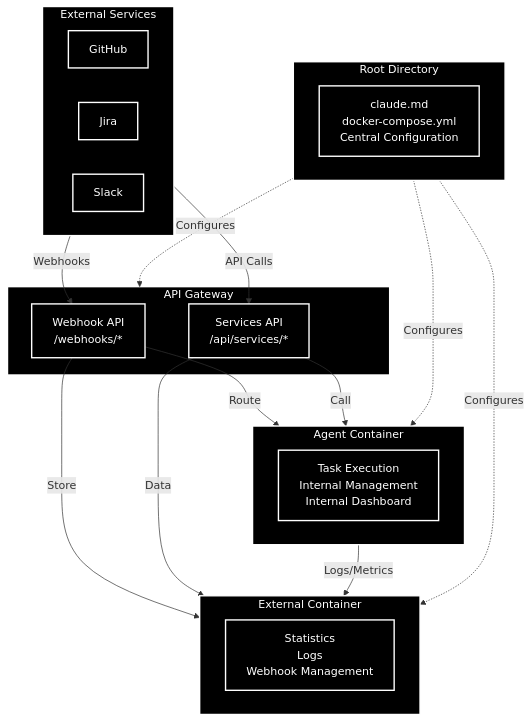
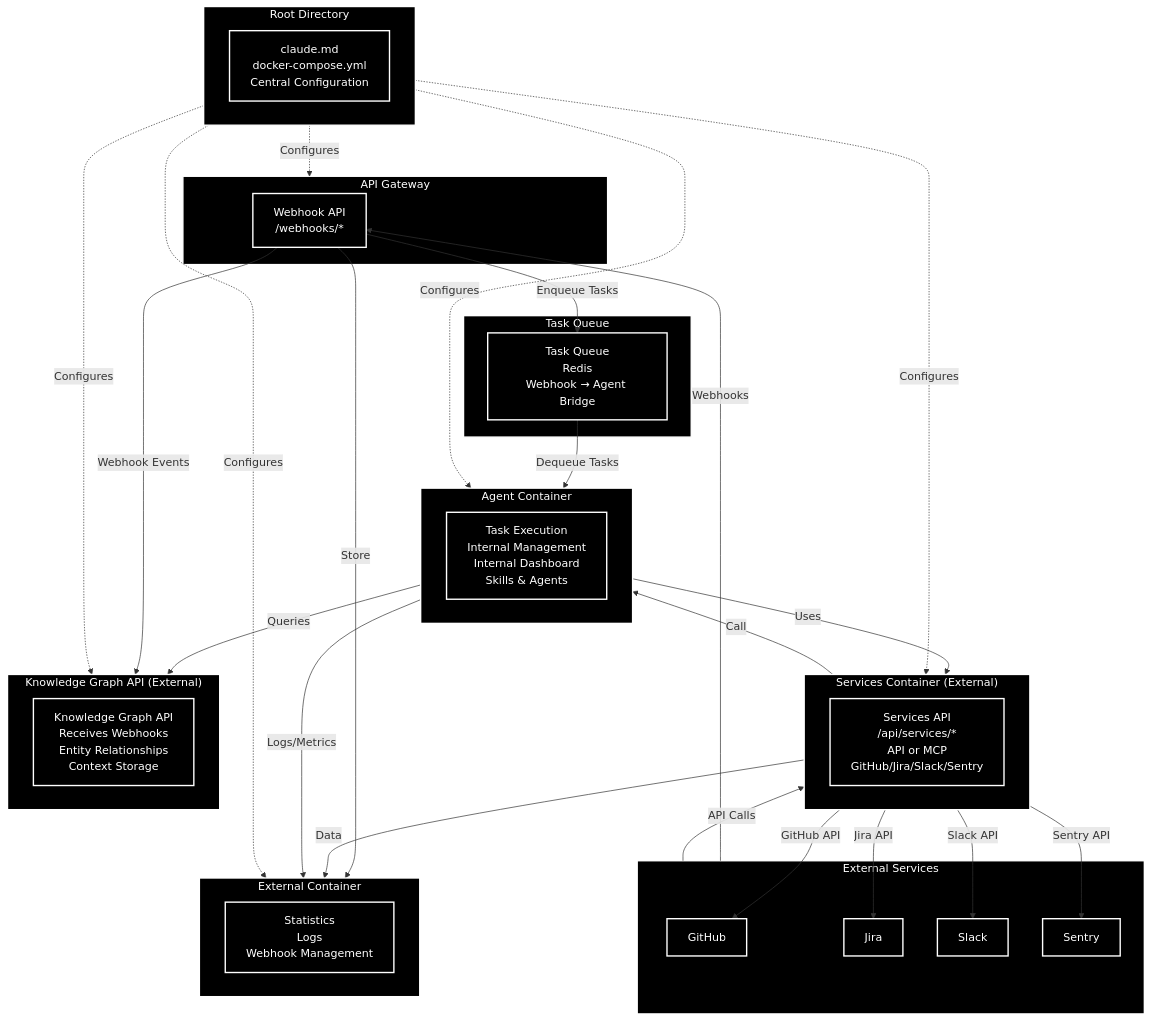
One commit to rom-orlovich/agents-system changed the first of 14 diagrams in claude-code-agent/docs/ARCHITECTURE_PROPOSED_MERMAID.md. Above: the diagram before and after it, drawn with Mermaid. The commit also changed other lines of this file and 3 other files, not shown here.

````diff
--- a/claude-code-agent/docs/ARCHITECTURE_PROPOSED_MERMAID.md
+++ b/claude-code-agent/docs/ARCHITECTURE_PROPOSED_MERMAID.md
@@ -9,43 +9,65 @@
 ```mermaid
 graph TB
     subgraph Services["External Services"]
         GitHub["GitHub"]
         Jira["Jira"]
         Slack["Slack"]
+        Sentry["Sentry"]
     end
 
     subgraph Gateway["API Gateway"]
         WebhookAPI["Webhook API<br/>/webhooks/*"]
-        ServicesAPI["Services API<br/>/api/services/*"]
+    end
+
+    subgraph ServicesContainer["Services Container (External)"]
+        ServicesAPIDesc["Services API<br/>/api/services/*<br/>API or MCP<br/>GitHub/Jira/Slack/Sentry"]
+    end
+
+    subgraph Queue["Task Queue"]
+        TaskQueue["Task Queue<br/>Redis<br/>Webhook → Agent Bridge"]
     end
 
     subgraph Agent["Agent Container"]
-        AgentDesc["Task Execution<br/>Internal Management<br/>Internal Dashboard"]
+        AgentDesc["Task Execution<br/>Internal Management<br/>Internal Dashboard<br/>Skills & Agents"]
+    end
+
+    subgraph KnowledgeGraph["Knowledge Graph API (External)"]
+        KGDesc["Knowledge Graph API<br/>Receives Webhooks<br/>Entity Relationships<br/>Context Storage"]
     end
 
     subgraph External["External Container"]
         ExternalDesc["Statistics<br/>Logs<br/>Webhook Management"]
     end
 
     subgraph Root["Root Directory"]
         RootDesc["claude.md<br/>docker-compose.yml<br/>Central Configuration"]
     end
 
     Services -->|Webhooks| WebhookAPI
-    Services -->|API Calls| ServicesAPI
+    Services -->|API Calls| ServicesContainer
+    ServicesContainer -->|GitHub API| GitHub
+    ServicesContainer -->|Jira API| Jira
+    ServicesContainer -->|Slack API| Slack
+    ServicesContainer -->|Sentry API| Sentry
 
-    WebhookAPI -->|Route| Agent
+    WebhookAPI -->|Enqueue Tasks| TaskQueue
+    TaskQueue -->|Dequeue Tasks| Agent
     WebhookAPI -->|Store| External
-    ServicesAPI -->|Call| Agent
-    ServicesAPI -->|Data| External
+    ServicesContainer -->|Call| Agent
+    ServicesContainer -->|Data| External
 
     Agent -->|Logs/Metrics| External
+    Agent -->|Queries| KnowledgeGraph
+    Agent -->|Uses| ServicesContainer
+    WebhookAPI -->|Webhook Events| KnowledgeGraph
 
     Root -.->|Configures| Gateway
     Root -.->|Configures| Agent
     Root -.->|Configures| External
+    Root -.->|Configures| KnowledgeGraph
+    Root -.->|Configures| ServicesContainer
 
     classDef defaultNode fill:#000000,stroke:#ffffff,stroke-width:2px,color:#ffffff
 
-    class Services,GitHub,Jira,Slack,Gateway,WebhookAPI,ServicesAPI,Agent,AgentDesc,External,ExternalDesc,Root,RootDesc defaultNode
+    class Services,GitHub,Jira,Slack,Sentry,Gateway,WebhookAPI,ServicesContainer,ServicesAPIDesc,Queue,TaskQueue,Agent,AgentDesc,KnowledgeGraph,KGDesc,External,ExternalDesc,Root,RootDesc defaultNode
 ```
````
